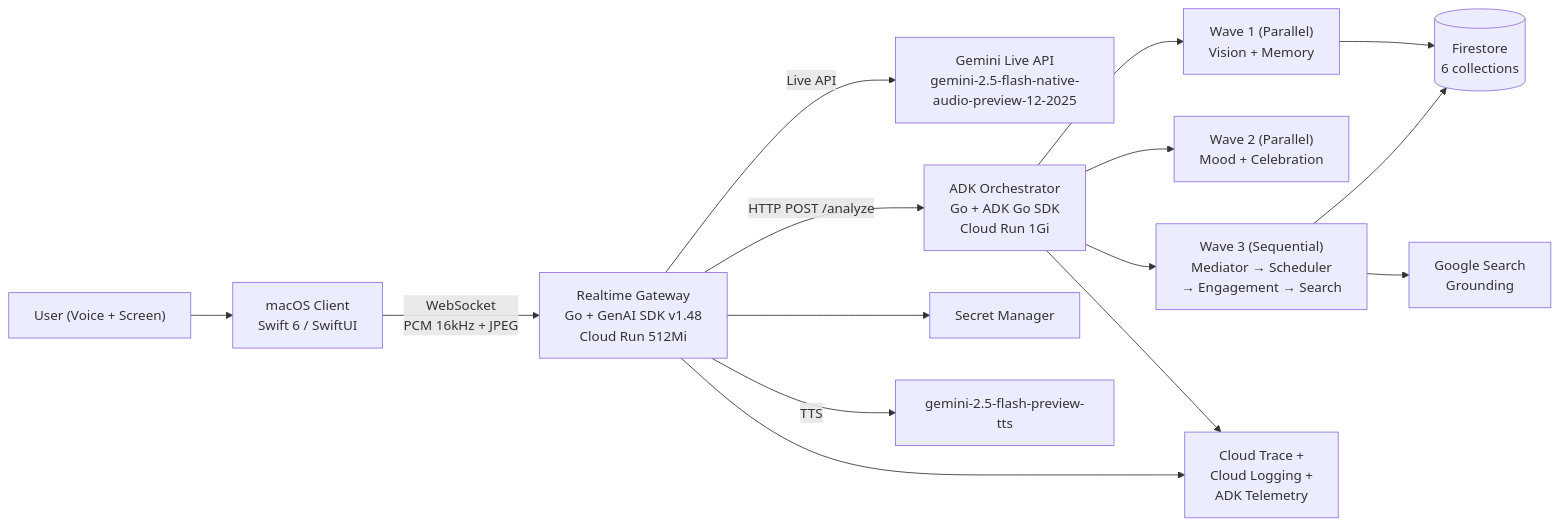
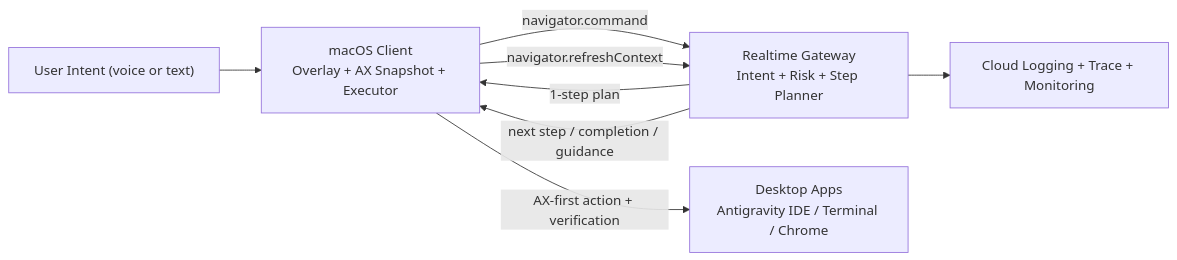
One commit to Two-Weeks-Team/vibeCat changed the diagram in README.md. Above: the diagram before and after it, drawn with Mermaid. The commit also changed other lines of this file and 32 other files, not shown here.

Commit message:
feat: pivot to ui navigator submission flow

````diff
--- a/README.md
+++ b/README.md
@@ -50,15 +94,10 @@
 ```mermaid
 flowchart LR
-    U["User (Voice + Screen)"] --> C[macOS Client<br/>Swift 6 / SwiftUI]
-    C -->|WebSocket<br/>PCM 16kHz + JPEG| RG[Realtime Gateway<br/>Go + GenAI SDK v1.48<br/>Cloud Run 512Mi]
-    RG -->|Live API| GL["Gemini Live API<br/>gemini-2.5-flash-native-audio-preview-12-2025"]
-    RG -->|HTTP POST /analyze| AO["ADK Orchestrator<br/>Go + ADK Go SDK<br/>Cloud Run 1Gi"]
-    AO --> W1["Wave 1 (Parallel)<br/>Vision + Memory"]
-    AO --> W2["Wave 2 (Parallel)<br/>Mood + Celebration"]
-    AO --> W3["Wave 3 (Sequential)<br/>Mediator → Scheduler<br/>→ Engagement → Search"]
-    W1 & W3 --> FS[(Firestore<br/>6 collections)]
-    W3 --> GS[Google Search<br/>Grounding]
-    RG --> SM[Secret Manager]
-    RG -->|TTS| TTS["gemini-2.5-flash-preview-tts"]
-    RG & AO --> OBS[Cloud Trace +<br/>Cloud Logging +<br/>ADK Telemetry]
+    U["User Intent (voice or text)"] --> C["macOS Client<br/>Overlay + AX Snapshot + Executor"]
+    C -->|navigator.command| G["Realtime Gateway<br/>Intent + Risk + Step Planner"]
+    G -->|1-step plan| C
+    C -->|AX-first action + verification| A["Desktop Apps<br/>Antigravity IDE / Terminal / Chrome"]
+    C -->|navigator.refreshContext| G
+    G -->|next step / completion / guidance| C
+    G --> O["Cloud Logging + Trace + Monitoring"]
 ```
````
